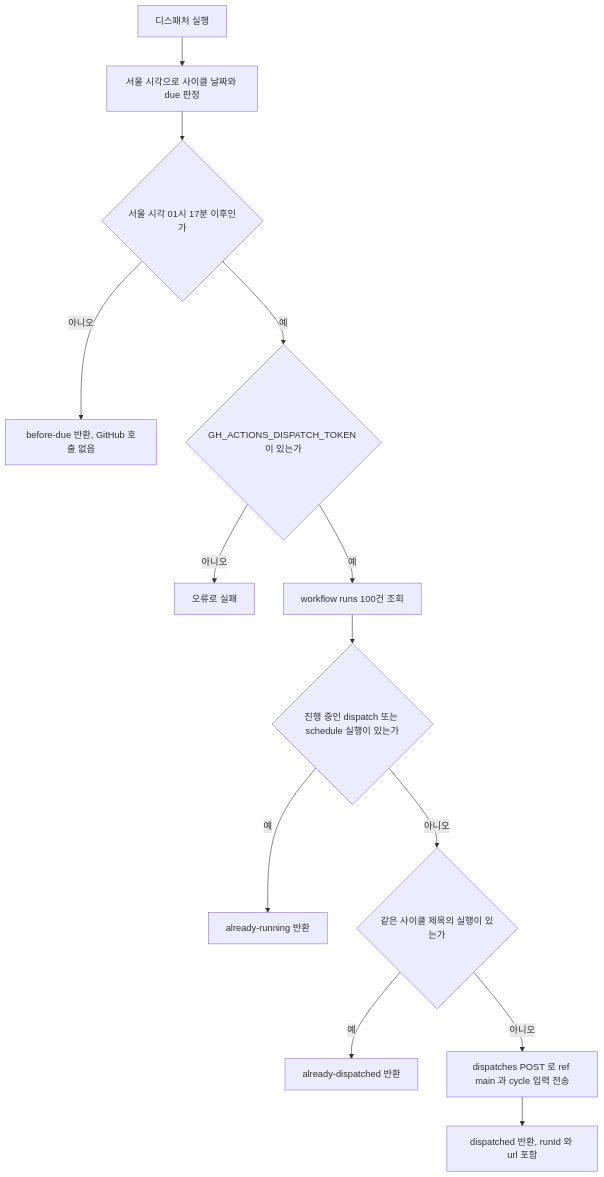
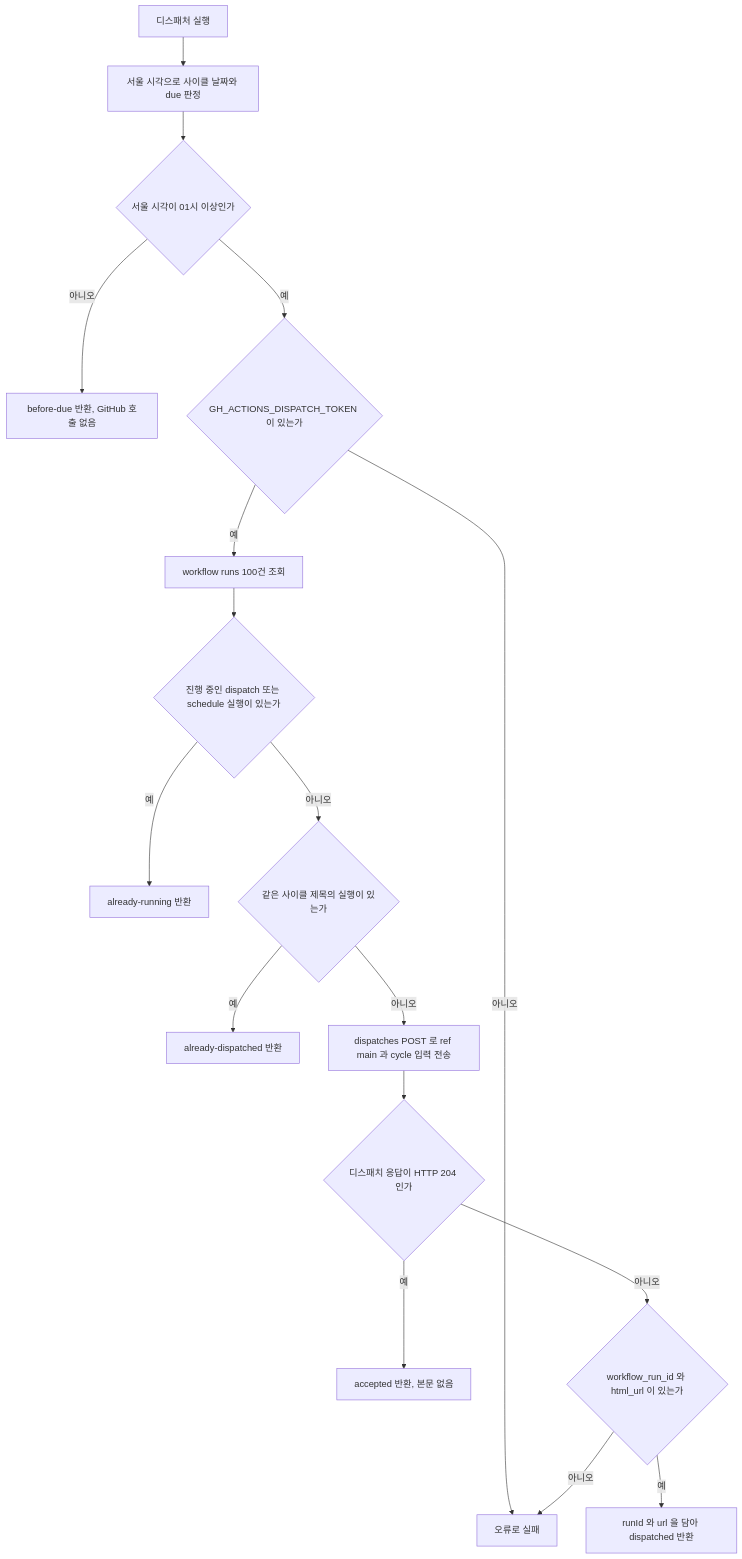
The diagram in openwiki/operations/knowledge-automation.md (leey00nsu/copy-singer), drawn with Mermaid before and after one commit. The commit also changed other lines of this file and 8 other files, not shown here.

````diff
--- a/openwiki/operations/knowledge-automation.md
+++ b/openwiki/operations/knowledge-automation.md
@@ -91,15 +93,19 @@
 ```mermaid
 flowchart TD
     Start["디스패처 실행"] --> Cycle["서울 시각으로 사이클 날짜와 due 판정"]
-    Cycle --> Due{"서울 시각 01시 17분 이후인가"}
+    Cycle --> Due{"서울 시각이 01시 이상인가"}
     Due -- "아니오" --> BeforeDue["before-due 반환, GitHub 호출 없음"]
     Due -- "예" --> Token{"GH_ACTIONS_DISPATCH_TOKEN 이 있는가"}
     Token -- "아니오" --> Fail["오류로 실패"]
     Token -- "예" --> Runs["workflow runs 100건 조회"]
     Runs --> Running{"진행 중인 dispatch 또는 schedule 실행이 있는가"}
     Running -- "예" --> AlreadyRunning["already-running 반환"]
     Running -- "아니오" --> Same{"같은 사이클 제목의 실행이 있는가"}
     Same -- "예" --> AlreadyDispatched["already-dispatched 반환"]
     Same -- "아니오" --> Post["dispatches POST 로 ref main 과 cycle 입력 전송"]
-    Post --> Done["dispatched 반환, runId 와 url 포함"]
+    Post --> Empty{"디스패치 응답이 HTTP 204 인가"}
+    Empty -- "예" --> Accepted["accepted 반환, 본문 없음"]
+    Empty -- "아니오" --> HasIds{"workflow_run_id 와 html_url 이 있는가"}
+    HasIds -- "예" --> Done["runId 와 url 을 담아 dispatched 반환"]
+    HasIds -- "아니오" --> Fail
 ```
````
